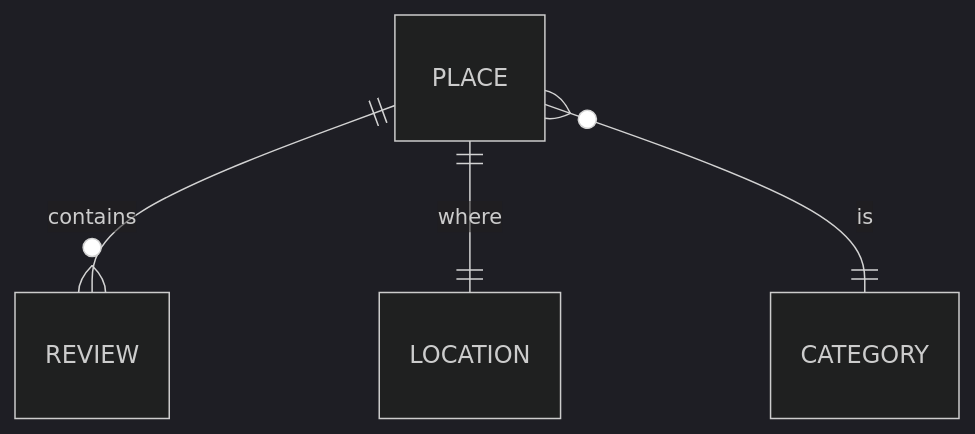
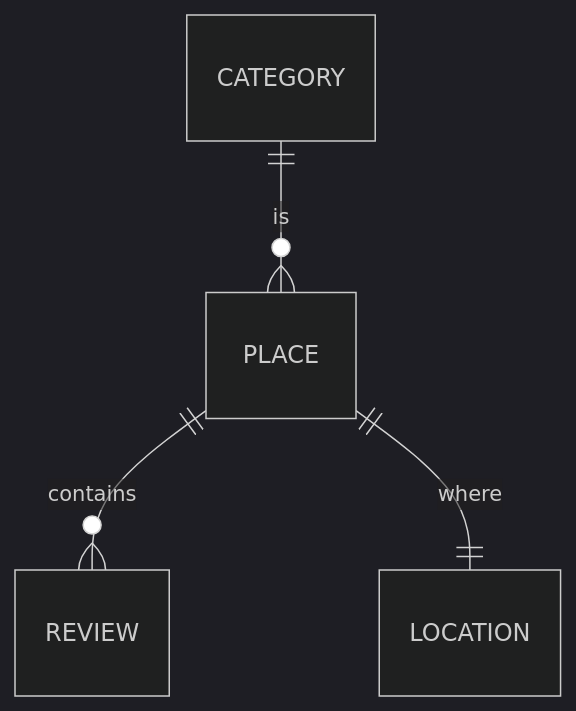
Before and after one commit to amoncusir/obidi-map-my-world: the diagram in docs/decision-records/2024-11-04_domain.md, drawn with Mermaid (dark theme).

Commit message:
fix hierarchy

````diff
--- a/docs/decision-records/2024-11-04_domain.md
+++ b/docs/decision-records/2024-11-04_domain.md
@@ -49,13 +49,13 @@
 ```mermaid
 erDiagram
 
   PLACE
   CATEGORY
   LOCATION
   REVIEW
-  
+
+  CATEGORY only one to zero or more PLACE  : "is"
   PLACE only one to zero or more REVIEW : "contains"
   PLACE only one to only one LOCATION : "where"
-  PLACE zero or more to only one CATEGORY : "is"
 
 ```
````
